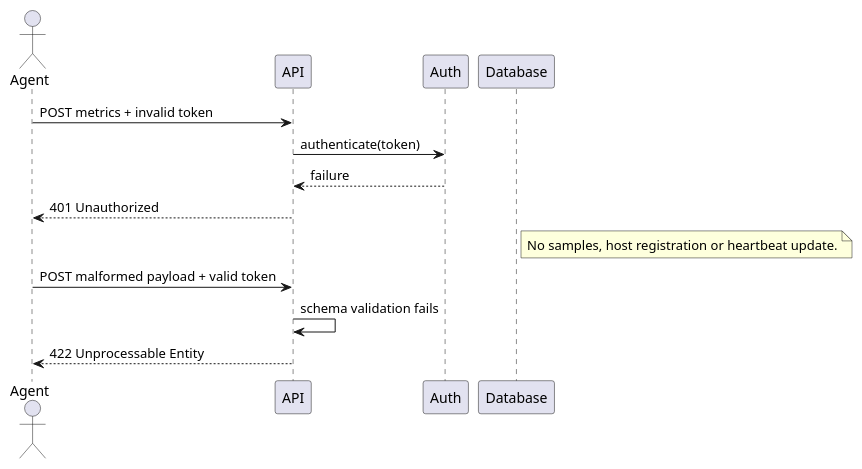
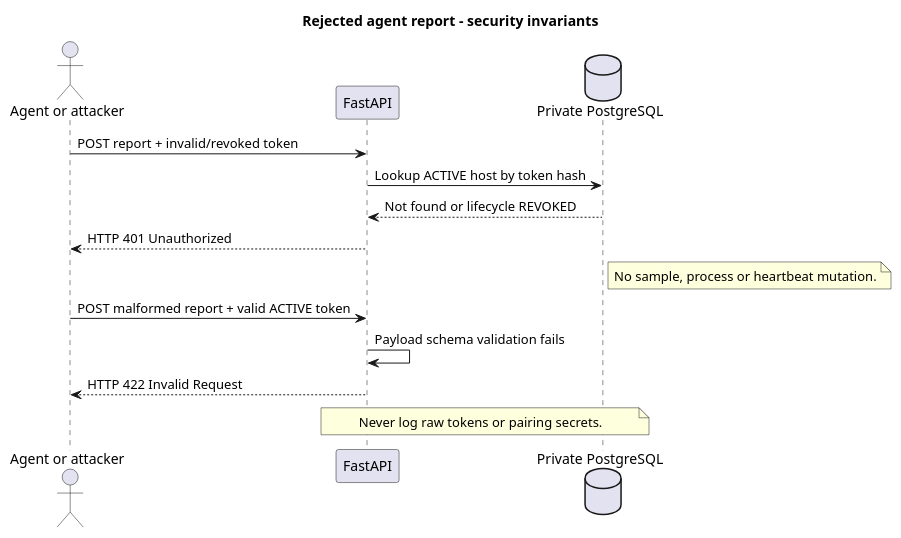
One commit to Adam-BArbia/fleetluma changed the diagram in docs/uml/plantuml/21_seq_rejected_report.puml. Above: the diagram before and after it, drawn with PlantUML. The commit also changed 39 other files, not shown here.

First line of the commit message:
docs(FL-31): finalize plug-and-play Windows/Linux pairing architecture (#31)

```diff
--- a/docs/uml/plantuml/21_seq_rejected_report.puml
+++ b/docs/uml/plantuml/21_seq_rejected_report.puml
@@ -1,14 +1,15 @@
 @startuml 21_seq_rejected_report
-actor Agent
-participant API
-participant Auth
-participant Database as DB
-Agent -> API : POST metrics + invalid token
-API -> Auth : authenticate(token)
-Auth --> API : failure
-API --> Agent : 401 Unauthorized
-note right of DB: No samples, host registration or heartbeat update.
-Agent -> API : POST malformed payload + valid token
-API -> API : schema validation fails
-API --> Agent : 422 Unprocessable Entity
+title Rejected agent report - security invariants
+actor "Agent or attacker" as Agent
+participant "FastAPI" as API
+database "Private PostgreSQL" as DB
+Agent -> API : POST report + invalid/revoked token
+API -> DB : Lookup ACTIVE host by token hash
+DB --> API : Not found or lifecycle REVOKED
+API --> Agent : HTTP 401 Unauthorized
+note right of DB : No sample, process or heartbeat mutation.
+Agent -> API : POST malformed report + valid ACTIVE token
+API -> API : Payload schema validation fails
+API --> Agent : HTTP 422 Invalid Request
+note over API,DB : Never log raw tokens or pairing secrets.
 @enduml
```
